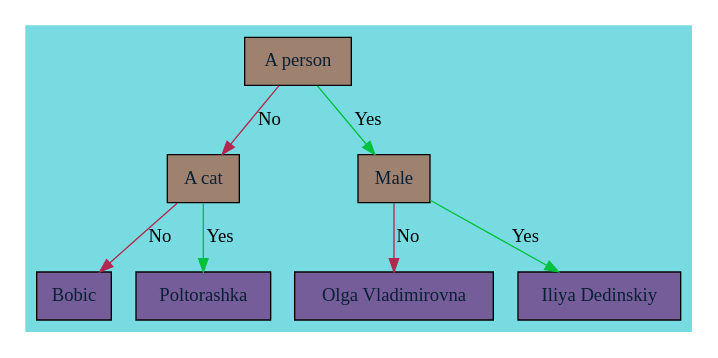
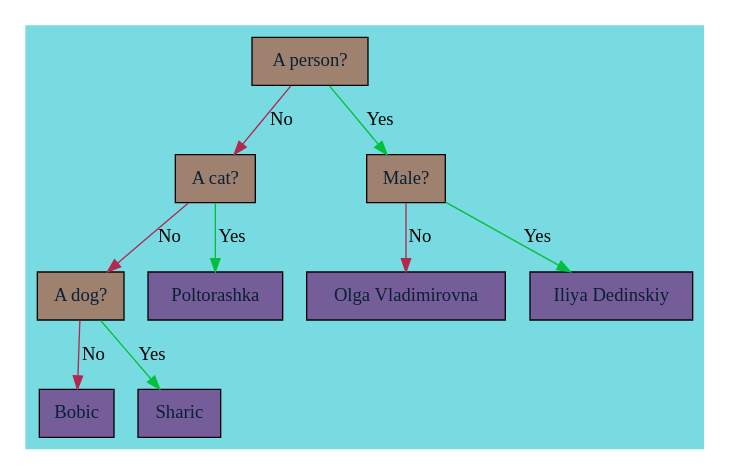
Before and after one commit to vanomark/Akinator: the diagram in Graf.dot, drawn with Graphviz. The commit also changed 9 other files, not shown here.

```diff
--- a/Graf.dot
+++ b/Graf.dot
@@ -1,27 +1,33 @@
 digraph G{
 	rankdir=TB;
 	edge[color="#1e2460"];
 	subgraph cluster1 {
 		style = filled;
 		color = "#78dbe2";
-		_88716844466592[rang = 0, shape=record,label="{ A person }"style=filled,color="#050505", fontcolor="#0a2033"fillcolor="#9f8170" ];
+		_88716844466592[rang = 0, shape=record,label="{ A person? }"style=filled,color="#050505", fontcolor="#0a2033"fillcolor="#9f8170" ];
 		edge[label = "No", color = "#b32851"];
 		_88716844466592->_88716844466944;
-		_88716844466944[rang = 1, shape=record,label="{ A cat }"style=filled,color="#050505", fontcolor="#0a2033"fillcolor="#9f8170" ];
+		_88716844466944[rang = 1, shape=record,label="{ A cat? }"style=filled,color="#050505", fontcolor="#0a2033"fillcolor="#9f8170" ];
 		edge[label = "No", color = "#b32851"];
 		_88716844466944->_88716844467296;
-		_88716844467296[rang = 2, shape=record,label="{ Bobic }"style=filled,color="#050505", fontcolor="#0a2033"fillcolor="#755d9a" ];
+		_88716844467296[rang = 2, shape=record,label="{ A dog? }"style=filled,color="#050505", fontcolor="#0a2033"fillcolor="#9f8170" ];
+		edge[label = "No", color = "#b32851"];
+		_88716844467296->_88716844467648;
+		_88716844467648[rang = 3, shape=record,label="{ Bobic }"style=filled,color="#050505", fontcolor="#0a2033"fillcolor="#755d9a" ];
 		edge[label = "Yes", color = "#03c03c"];
-		_88716844466944->_88716844467648;
-		_88716844467648[rang = 2, shape=record,label="{ Poltorashka }"style=filled,color="#050505", fontcolor="#0a2033"fillcolor="#755d9a" ];
+		_88716844467296->_88716844468000;
+		_88716844468000[rang = 3, shape=record,label="{ Sharic }"style=filled,color="#050505", fontcolor="#0a2033"fillcolor="#755d9a" ];
 		edge[label = "Yes", color = "#03c03c"];
-		_88716844466592->_88716844468000;
-		_88716844468000[rang = 1, shape=record,label="{ Male }"style=filled,color="#050505", fontcolor="#0a2033"fillcolor="#9f8170" ];
+		_88716844466944->_88716844468352;
+		_88716844468352[rang = 2, shape=record,label="{ Poltorashka }"style=filled,color="#050505", fontcolor="#0a2033"fillcolor="#755d9a" ];
+		edge[label = "Yes", color = "#03c03c"];
+		_88716844466592->_88716844468704;
+		_88716844468704[rang = 1, shape=record,label="{ Male? }"style=filled,color="#050505", fontcolor="#0a2033"fillcolor="#9f8170" ];
 		edge[label = "No", color = "#b32851"];
-		_88716844468000->_88716844468352;
-		_88716844468352[rang = 2, shape=record,label="{ Olga Vladimirovna }"style=filled,color="#050505", fontcolor="#0a2033"fillcolor="#755d9a" ];
+		_88716844468704->_88716844469056;
+		_88716844469056[rang = 2, shape=record,label="{ Olga Vladimirovna }"style=filled,color="#050505", fontcolor="#0a2033"fillcolor="#755d9a" ];
 		edge[label = "Yes", color = "#03c03c"];
-		_88716844468000->_88716844468704;
-		_88716844468704[rang = 2, shape=record,label="{ Iliya Dedinskiy }"style=filled,color="#050505", fontcolor="#0a2033"fillcolor="#755d9a" ];
+		_88716844468704->_88716844469408;
+		_88716844469408[rang = 2, shape=record,label="{ Iliya Dedinskiy }"style=filled,color="#050505", fontcolor="#0a2033"fillcolor="#755d9a" ];
 	}
 }
```
